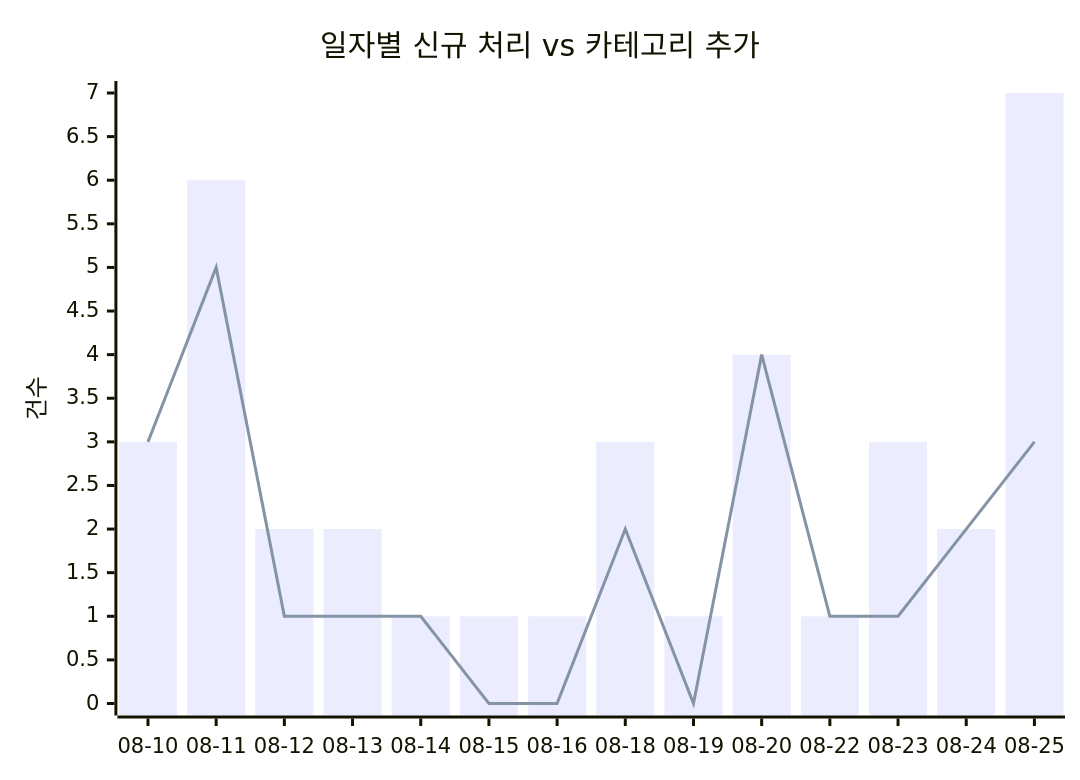
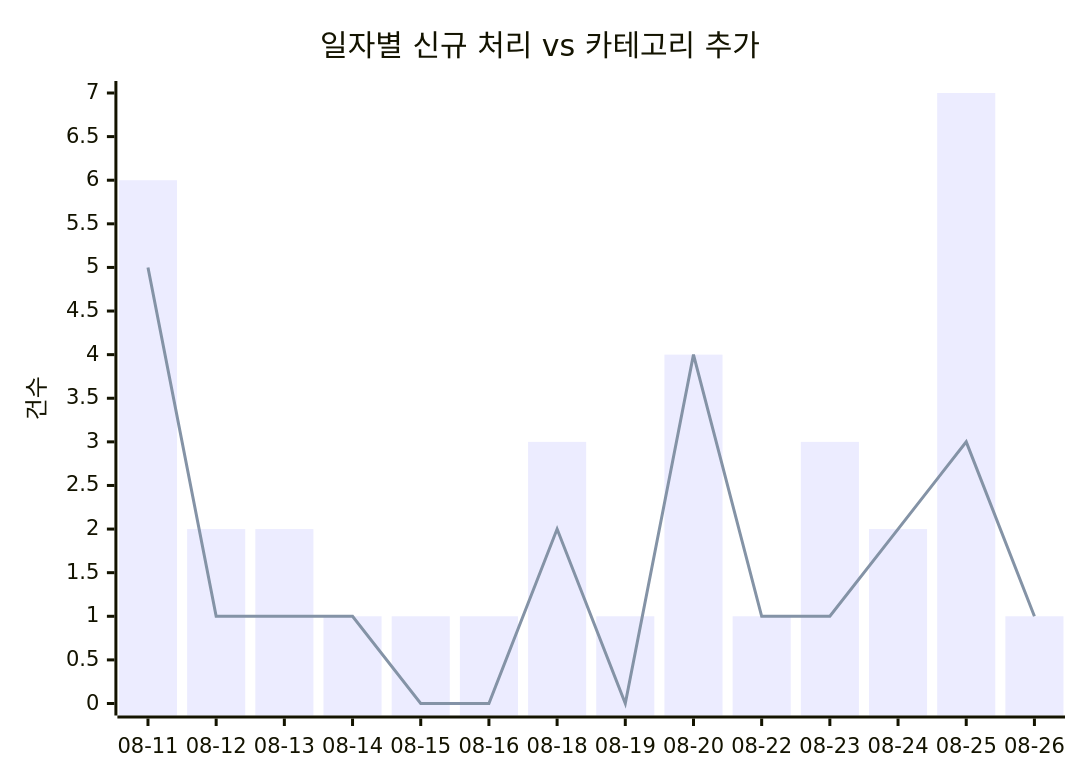
The first of 2 diagrams in docs/trends.md (J-nowcow/awesome-korean-agent-skills), drawn with Mermaid before and after one commit. The commit also changed other lines of this file and 4 other files, not shown here.

````diff
--- a/docs/trends.md
+++ b/docs/trends.md
@@ -32,8 +32,8 @@
 ```mermaid
 xychart-beta
     title "일자별 신규 처리 vs 카테고리 추가"
-    x-axis ["08-10","08-11","08-12","08-13","08-14","08-15","08-16","08-18","08-19","08-20","08-22","08-23","08-24","08-25"]
+    x-axis ["08-11","08-12","08-13","08-14","08-15","08-16","08-18","08-19","08-20","08-22","08-23","08-24","08-25","08-26"]
     y-axis "건수"
-    bar [3,6,2,2,1,1,1,3,1,4,1,3,2,7]
-    line [3,5,1,1,1,0,0,2,0,4,1,1,2,3]
+    bar [6,2,2,1,1,1,3,1,4,1,3,2,7,1]
+    line [5,1,1,1,0,0,2,0,4,1,1,2,3,1]
 ```
````
